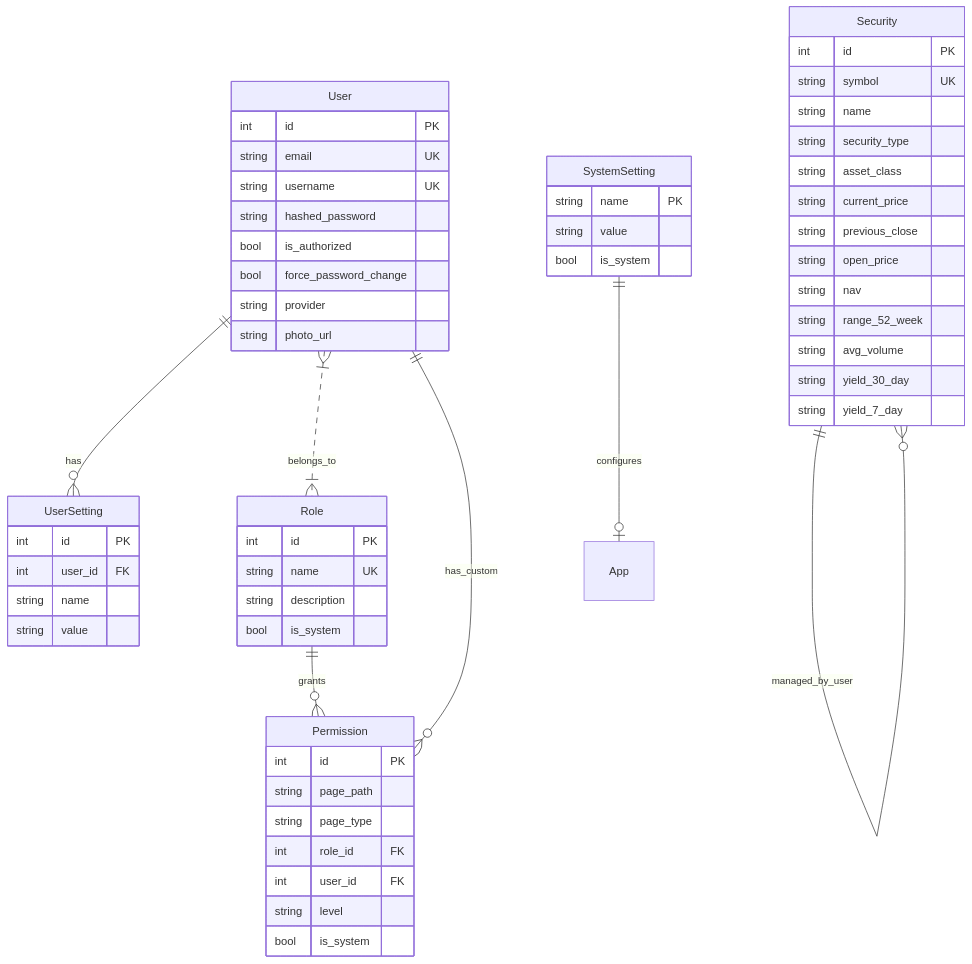
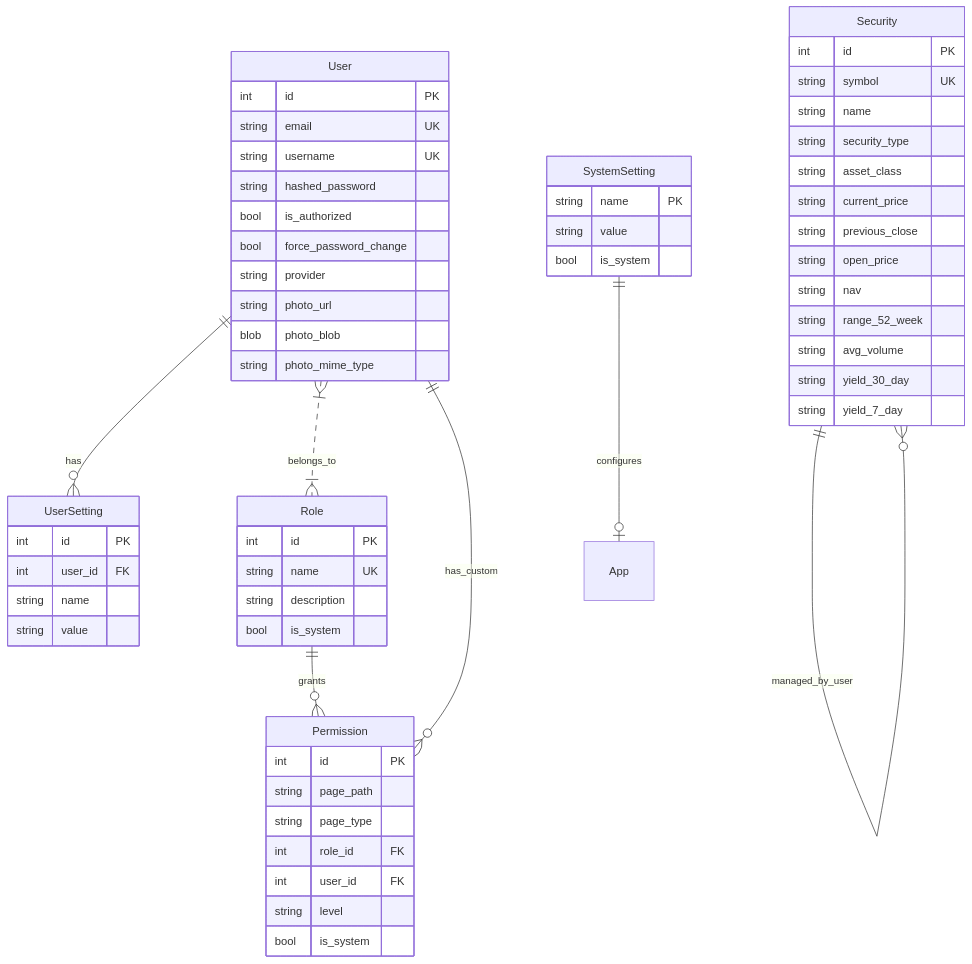
The diagram in doc/ARCHITECTURE.md (pjtallman/RateEye), drawn with Mermaid before and after one commit. The commit also changed other lines of this file and 1 other file, not shown here.

````diff
--- a/doc/ARCHITECTURE.md
+++ b/doc/ARCHITECTURE.md
@@ -102,61 +108,63 @@
 ```mermaid
 erDiagram
     User ||--o{ UserSetting : has
     User }|..|{ Role : belongs_to
     Role ||--o{ Permission : grants
     User ||--o{ Permission : has_custom
     Security ||--o{ Security : managed_by_user
     SystemSetting ||--o| App : configures
 
     User {
         int id PK
         string email UK
         string username UK
         string hashed_password
         bool is_authorized
         bool force_password_change
         string provider
         string photo_url
+        blob photo_blob
+        string photo_mime_type
     }
     Role {
         int id PK
         string name UK
         string description
         bool is_system
     }
     Permission {
         int id PK
         string page_path
         string page_type
         int role_id FK
         int user_id FK
         string level
         bool is_system
     }
     Security {
         int id PK
         string symbol UK
         string name
         string security_type
         string asset_class
         string current_price
         string previous_close
         string open_price
         string nav
         string range_52_week
         string avg_volume
         string yield_30_day
         string yield_7_day
     }
     SystemSetting {
         string name PK
         string value
         bool is_system
     }
     UserSetting {
         int id PK
         int user_id FK
         string name
         string value
     }
 ```
````
